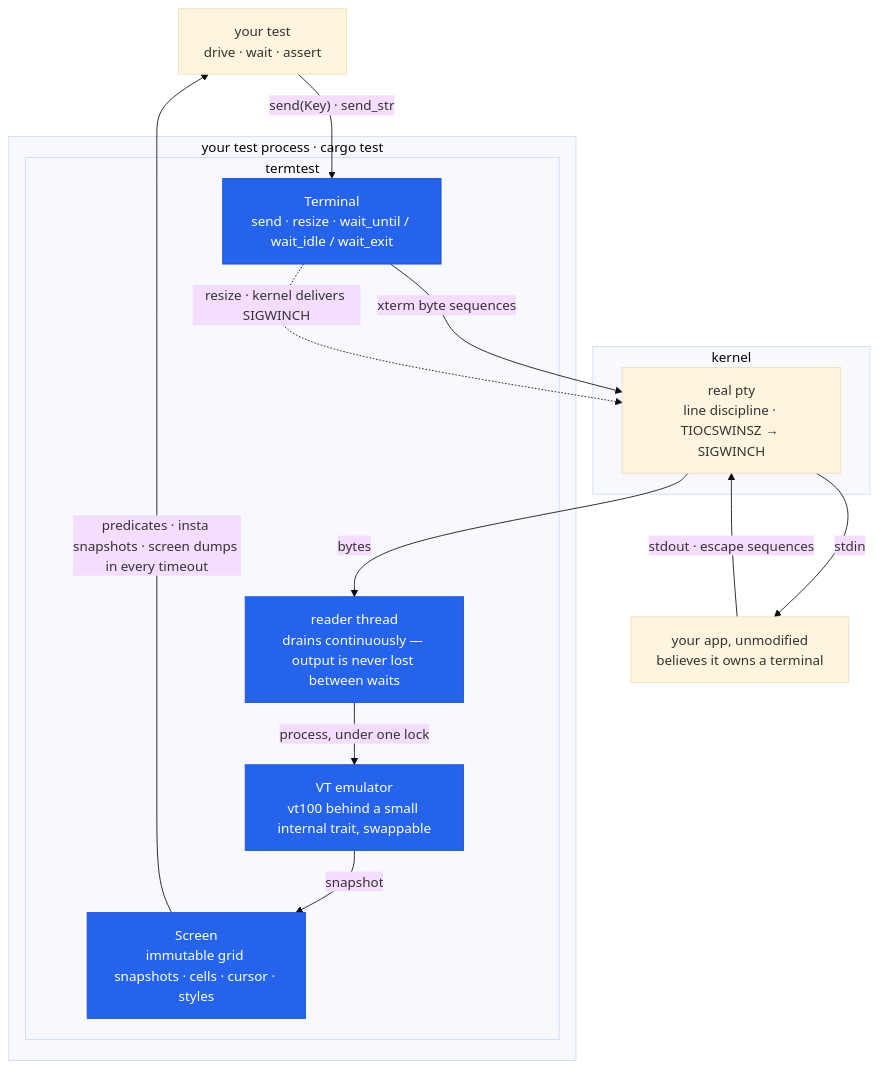
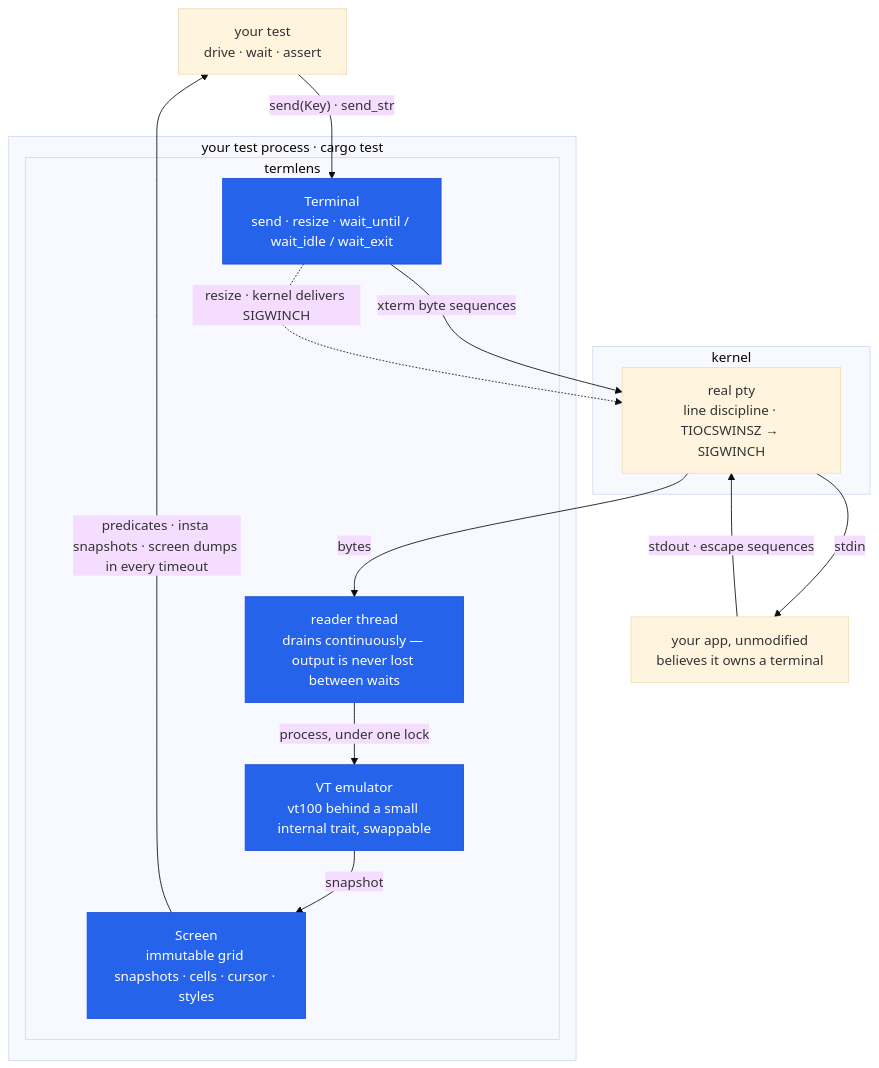
The diagram in README.md (vyncint/termlens), drawn with Mermaid (base theme) before and after one commit. The commit also changed other lines of this file and 39 other files, not shown here.

First line of the commit message:
chore: rename crate and repo from termtest to termlens

````diff
--- a/README.md
+++ b/README.md
@@ -57,28 +57,28 @@
 ```mermaid
 flowchart TB
   test["your test<br/>drive · wait · assert"]
   subgraph proc["your test process · cargo test"]
-    subgraph tt["termtest"]
+    subgraph tt["termlens"]
       api["Terminal<br/>send · resize · wait_until / wait_idle / wait_exit"]
       reader["reader thread<br/>drains continuously — output is never lost between waits"]
       emu["VT emulator<br/>vt100 behind a small internal trait, swappable"]
       screen["Screen<br/>immutable grid snapshots · cells · cursor · styles"]
     end
   end
   subgraph kernel["kernel"]
     pty["real pty<br/>line discipline · TIOCSWINSZ → SIGWINCH"]
   end
   app["your app, unmodified<br/>believes it owns a terminal"]
 
   test -->|"send(Key) · send_str"| api
   api -->|"xterm byte sequences"| pty
   api -.->|"resize · kernel delivers SIGWINCH"| pty
   pty -->|stdin| app
   app -->|"stdout · escape sequences"| pty
   pty -->|bytes| reader
   reader -->|"process, under one lock"| emu
   emu -->|"snapshot"| screen
   screen -->|"predicates · insta snapshots · screen dumps in every timeout"| test
   classDef ours fill:#2563eb,color:#ffffff,stroke:#1d4ed8,stroke-width:1px;
   class api,reader,emu,screen ours
 ```
````
